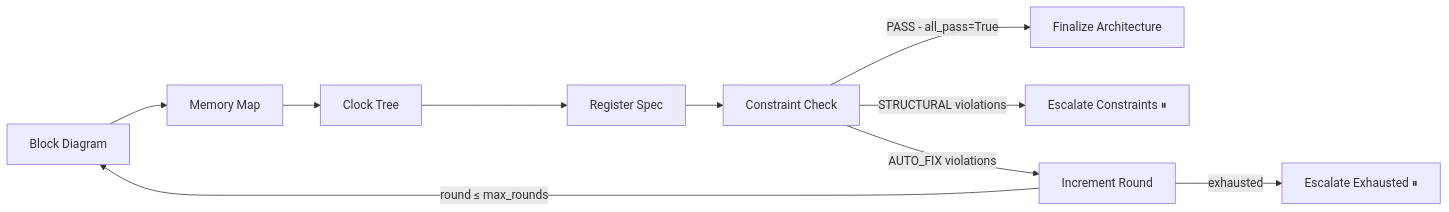
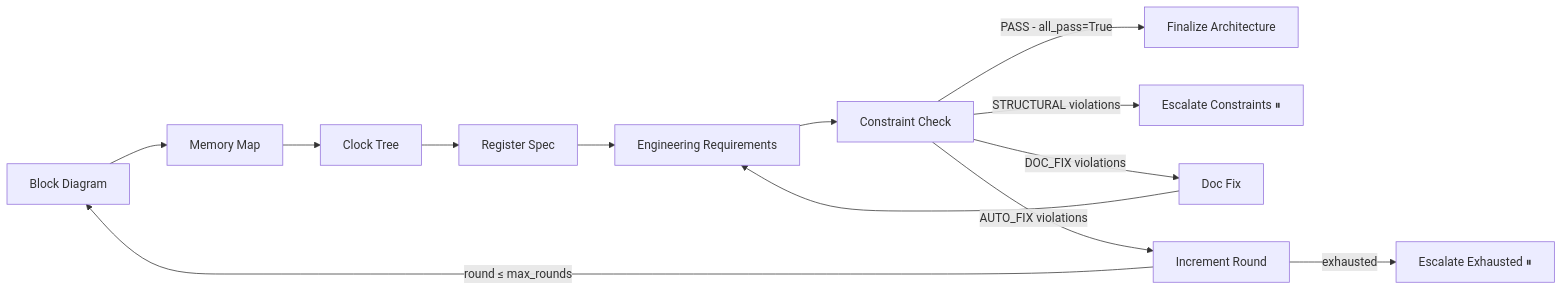
One commit to facebookexperimental/coresmith changed the diagram in mkdocs-site/docs/constraints/constraint-check.md. Above: the diagram before and after it, drawn with Mermaid. The commit also changed other lines of this file and 3 other files, not shown here.

````diff
--- a/mkdocs-site/docs/constraints/constraint-check.md
+++ b/mkdocs-site/docs/constraints/constraint-check.md
@@ -9,12 +9,15 @@
 ```mermaid
 flowchart LR
     BD[Block Diagram] --> MM[Memory Map]
     MM --> CT[Clock Tree]
     CT --> RS[Register Spec]
-    RS --> CC[Constraint Check]
+    RS --> ERS[Engineering Requirements]
+    ERS --> CC[Constraint Check]
     CC -->|PASS - all_pass=True| FIN[Finalize Architecture]
     CC -->|STRUCTURAL violations| ECS[Escalate Constraints ⏸]
+    CC -->|DOC_FIX violations| DF[Doc Fix]
+    DF --> ERS
     CC -->|AUTO_FIX violations| CI[Increment Round]
     CI -->|round ≤ max_rounds| BD
     CI -->|exhausted| EEX[Escalate Exhausted ⏸]
 ```
````
